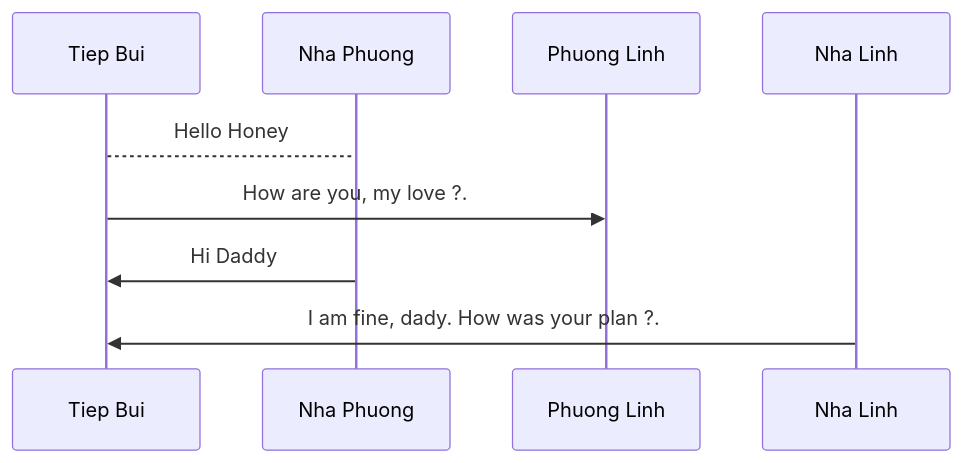
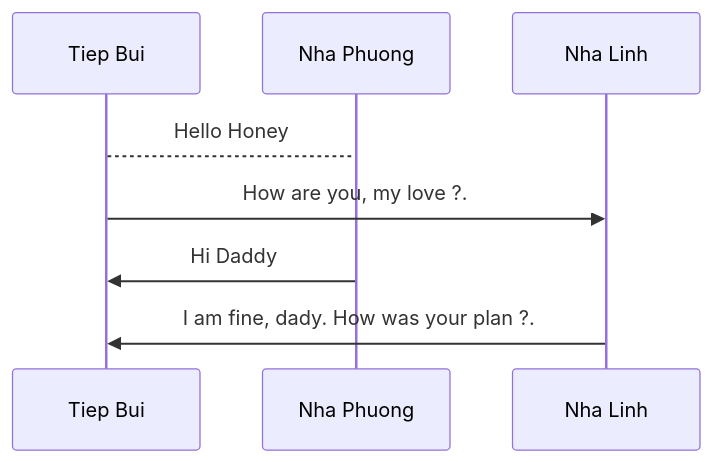
The diagram in README.md (tiepbs/docker-important-commands), drawn with Mermaid before and after one commit.

Commit message:
edit sequenceDiagram in Readme.md

````diff
--- a/README.md
+++ b/README.md
@@ -5,8 +5,10 @@
 ```mermaid
+
 sequenceDiagram
+
 Tiep Bui --> Nha Phuong: Hello Honey
-Tiep Bui ->> Phuong Linh: How are you, my love ?.
+Tiep Bui ->> Nha Linh: How are you, my love ?.
 Nha Phuong ->> Tiep Bui: Hi Daddy
 Nha Linh ->> Tiep Bui: I am fine, dady. How was your plan ?.
 
 ```
````
